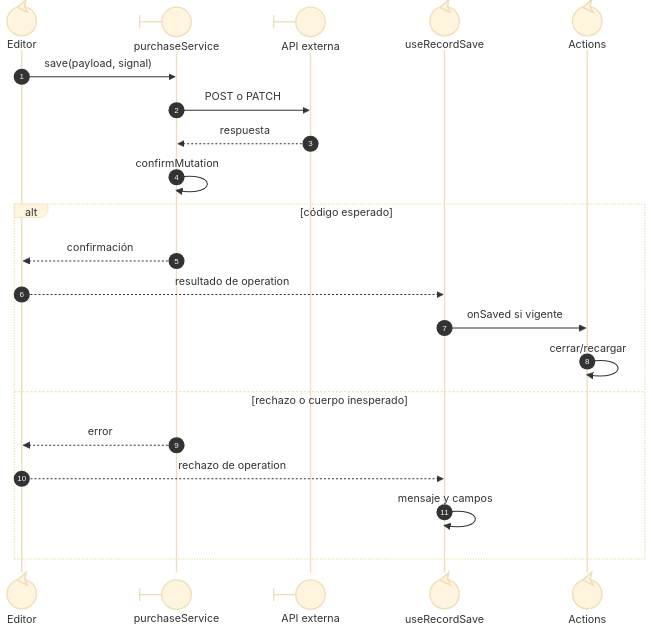
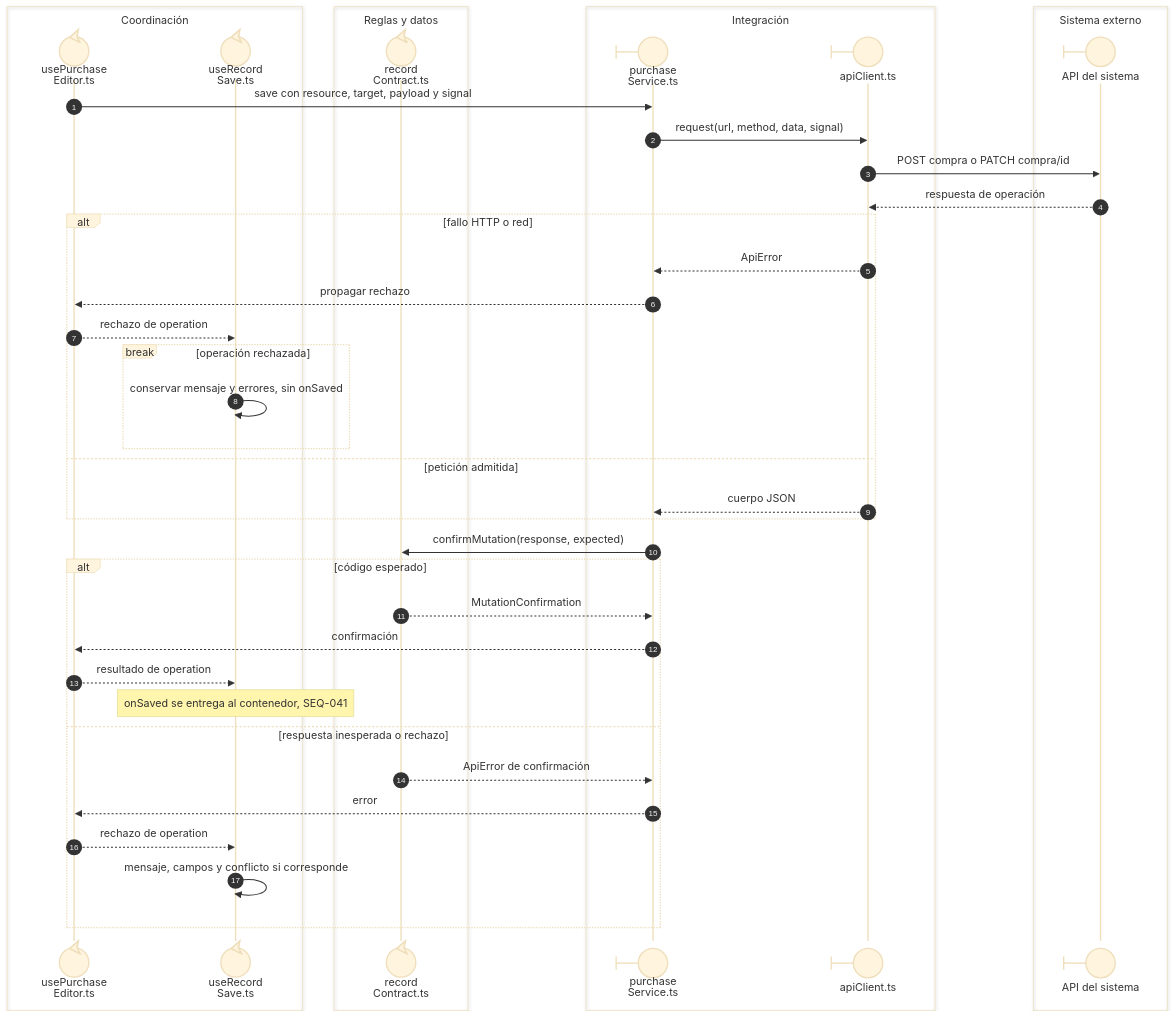
One commit to gpgsistemas01/nexus changed the second of 3 diagrams in front/docs/architecture/views/processes/06-purchases/02-purchase-save.md. Above: the diagram before and after it, drawn with Mermaid (base theme). The commit also changed other lines of this file and 46 other files, not shown here.

````diff
--- a/front/docs/architecture/views/processes/06-purchases/02-purchase-save.md
+++ b/front/docs/architecture/views/processes/06-purchases/02-purchase-save.md
@@ -40,23 +58,44 @@
 ```mermaid
 sequenceDiagram
     autonumber
-    participant Editor@{ "type": "control" } as Editor
-    participant Service@{ "type": "boundary" } as purchaseService
-    participant API@{ "type": "boundary" } as API externa
-    participant Save@{ "type": "control" } as useRecordSave
-    participant Actions@{ "type": "control" } as Actions
-    Editor->>Service: save(payload, signal)
-    Service->>API: POST o PATCH
-    API-->>Service: respuesta
-    Service->>Service: confirmMutation
+    box Coordinación
+    participant Editor@{ "type": "control" } as usePurchase<br/>Editor.ts
+    participant Save@{ "type": "control" } as useRecord<br/>Save.ts
+    end
+    box Reglas y datos
+    participant Contract@{ "type": "control" } as record<br/>Contract.ts
+    end
+    box Integración
+    participant Service@{ "type": "boundary" } as purchase<br/>Service.ts
+    participant HTTP@{ "type": "boundary" } as apiClient.ts
+    end
+    box Sistema externo
+    participant API@{ "type": "boundary" } as API del sistema
+    end
+    Editor->>Service: save con resource, target, payload y signal
+    Service->>HTTP: request(url, method, data, signal)
+    HTTP->>API: POST compra o PATCH compra/id
+    API-->>HTTP: respuesta de operación
+    alt fallo HTTP o red
+        HTTP-->>Service: ApiError
+        Service-->>Editor: propagar rechazo
+        Editor-->>Save: rechazo de operation
+        break operación rechazada
+            Save->>Save: conservar mensaje y errores, sin onSaved
+        end
+    else petición admitida
+        HTTP-->>Service: cuerpo JSON
+    end
+    Service->>Contract: confirmMutation(response, expected)
     alt código esperado
+        Contract-->>Service: MutationConfirmation
         Service-->>Editor: confirmación
         Editor-->>Save: resultado de operation
-        Save->>Actions: onSaved si vigente
-        Actions->>Actions: cerrar/recargar
-    else rechazo o cuerpo inesperado
+        Note over Save: onSaved se entrega al contenedor, SEQ-041
+    else respuesta inesperada o rechazo
+        Contract-->>Service: ApiError de confirmación
         Service-->>Editor: error
         Editor-->>Save: rechazo de operation
-        Save->>Save: mensaje y campos
+        Save->>Save: mensaje, campos y conflicto si corresponde
     end
 ```
````
